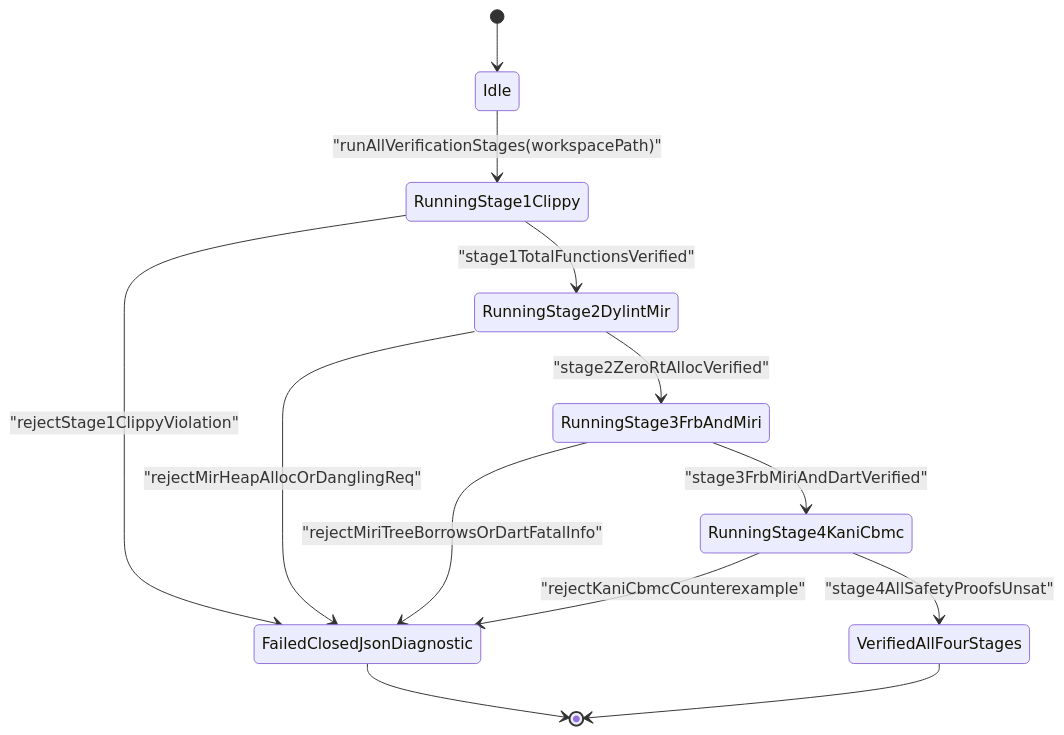
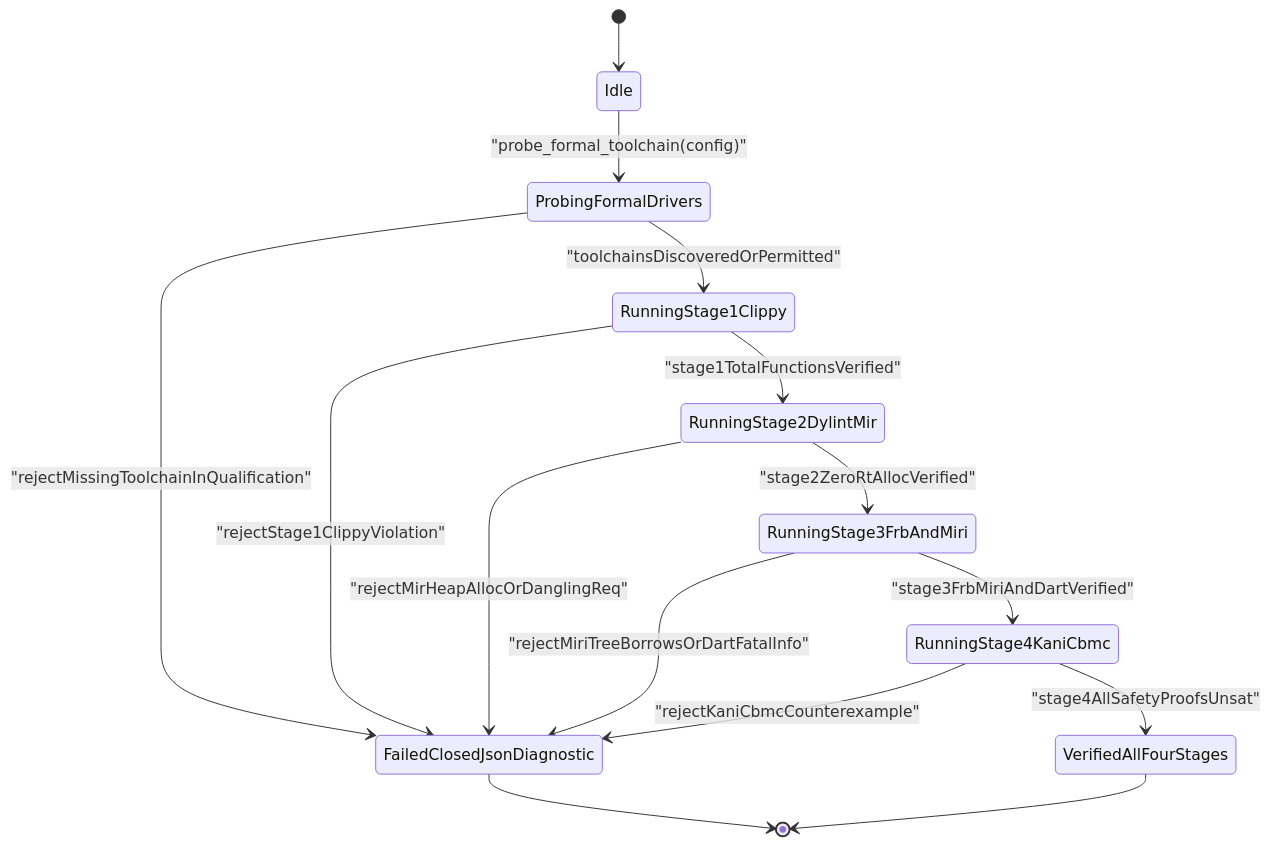
The second of 4 diagrams in docs/designs/blueprint-09-clippy-dylint-miri-kani-formal-verification-gate.md (gintatkinson/DEAP01-spec-core), drawn with Mermaid before and after one commit. The commit also changed other lines of this file and 2 other files, not shown here.

Commit message:
docs(blueprints): refactor BP-09 onto multi-platform runtime formal verification gates

````diff
--- a/docs/designs/blueprint-09-clippy-dylint-miri-kani-formal-verification-gate.md
+++ b/docs/designs/blueprint-09-clippy-dylint-miri-kani-formal-verification-gate.md
@@ -151,15 +153,17 @@
 ```mermaid
 stateDiagram-v2
     [*] --> Idle
-    Idle --> RunningStage1Clippy : "runAllVerificationStages(workspacePath)"
+    Idle --> ProbingFormalDrivers : "probe_formal_toolchain(config)"
+    ProbingFormalDrivers --> RunningStage1Clippy : "toolchainsDiscoveredOrPermitted"
+    ProbingFormalDrivers --> FailedClosedJsonDiagnostic : "rejectMissingToolchainInQualification"
     RunningStage1Clippy --> FailedClosedJsonDiagnostic : "rejectStage1ClippyViolation"
     RunningStage1Clippy --> RunningStage2DylintMir : "stage1TotalFunctionsVerified"
     RunningStage2DylintMir --> FailedClosedJsonDiagnostic : "rejectMirHeapAllocOrDanglingReq"
     RunningStage2DylintMir --> RunningStage3FrbAndMiri : "stage2ZeroRtAllocVerified"
     RunningStage3FrbAndMiri --> FailedClosedJsonDiagnostic : "rejectMiriTreeBorrowsOrDartFatalInfo"
     RunningStage3FrbAndMiri --> RunningStage4KaniCbmc : "stage3FrbMiriAndDartVerified"
     RunningStage4KaniCbmc --> FailedClosedJsonDiagnostic : "rejectKaniCbmcCounterexample"
     RunningStage4KaniCbmc --> VerifiedAllFourStages : "stage4AllSafetyProofsUnsat"
     FailedClosedJsonDiagnostic --> [*]
     VerifiedAllFourStages --> [*]
 ```
````
